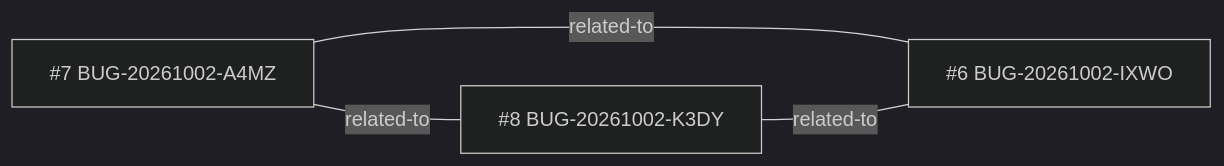
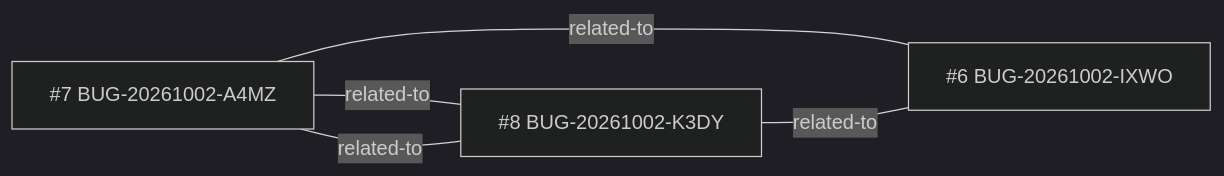
The diagram in _reversa_bugs/janela-flutuante/generated/graph.md (iago-leal/whispper-whatsapp-web), drawn with Mermaid (dark theme) before and after one commit. The commit also changed other lines of this file and 27 other files, not shown here.

````diff
--- a/_reversa_bugs/janela-flutuante/generated/graph.md
+++ b/_reversa_bugs/janela-flutuante/generated/graph.md
@@ -5,9 +5,10 @@
 ```mermaid
 graph LR
   BUG_20261002_IXWO["#6 BUG-20261002-IXWO"]
   BUG_20261002_A4MZ["#7 BUG-20261002-A4MZ"]
   BUG_20261002_K3DY["#8 BUG-20261002-K3DY"]
   BUG_20261002_A4MZ ---|related-to| BUG_20261002_IXWO
   BUG_20261002_A4MZ ---|related-to| BUG_20261002_K3DY
+  BUG_20261002_K3DY ---|related-to| BUG_20261002_A4MZ
   BUG_20261002_K3DY ---|related-to| BUG_20261002_IXWO
 ```
````
